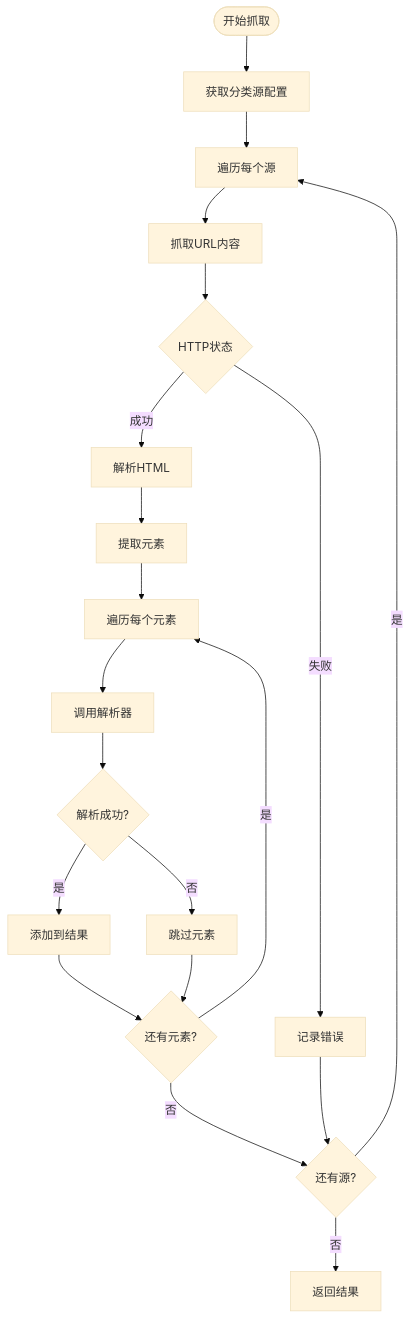
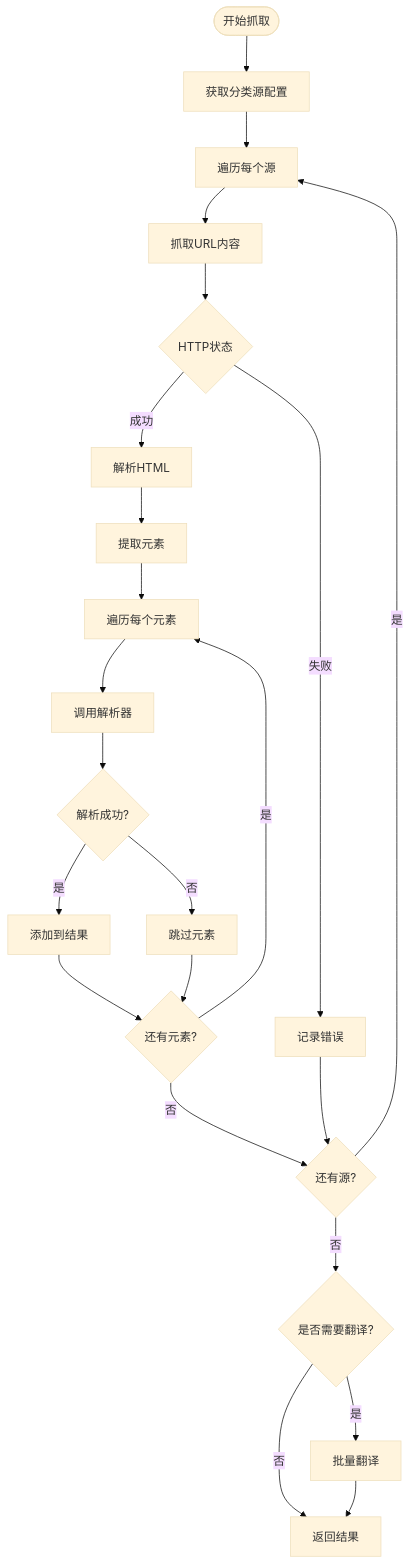
One commit to zuozuoliu740-cmd/xianxiong-news changed diagram 12 of 14 in .qoder/repowiki/zh/content/核心功能模块/新闻数据获取系统.md. Above: the diagram before and after it, drawn with Mermaid (base theme). The commit also changed other lines of this file and 11 other files, not shown here.

````diff
--- a/.qoder/repowiki/zh/content/核心功能模块/新闻数据获取系统.md
+++ b/.qoder/repowiki/zh/content/核心功能模块/新闻数据获取系统.md
@@ -332,22 +604,25 @@
 ```mermaid
 flowchart TD
 Start([开始抓取]) --> GetSources["获取分类源配置"]
 GetSources --> LoopSources["遍历每个源"]
 LoopSources --> FetchURL["抓取URL内容"]
 FetchURL --> CheckStatus{HTTP状态}
 CheckStatus --> |失败| LogError[记录错误]
 CheckStatus --> |成功| ParseHTML[解析HTML]
 ParseHTML --> ExtractElements["提取元素"]
 ExtractElements --> LoopElements["遍历每个元素"]
 LoopElements --> ParseElement[调用解析器]
 ParseElement --> CheckResult{解析成功?}
 CheckResult --> |是| AddToResults[添加到结果]
 CheckResult --> |否| SkipElement[跳过元素]
 AddToResults --> MoreElements{还有元素?}
 SkipElement --> MoreElements
 MoreElements --> |是| LoopElements
 MoreElements --> |否| NextSource{还有源?}
 NextSource --> |是| LoopSources
-NextSource --> |否| ReturnResults[返回结果]
+NextSource --> |否| CheckTranslation{是否需要翻译?}
+CheckTranslation --> |是| TranslateBatch[批量翻译]
+CheckTranslation --> |否| ReturnResults[返回结果]
+TranslateBatch --> ReturnResults
 LogError --> NextSource
 ```
````
